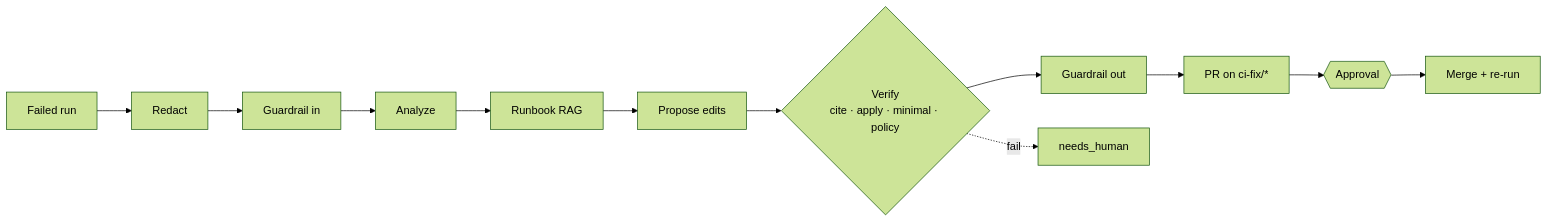
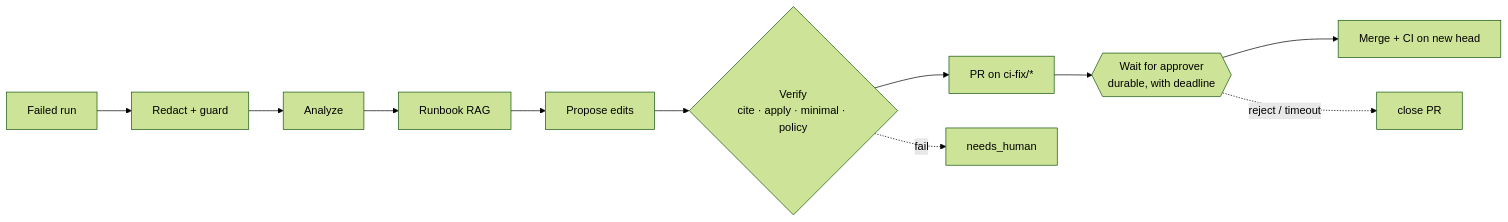
One commit to Shubham-git7/github-actions-ci-analyzer changed the diagram in README.md. Above: the diagram before and after it, drawn with Mermaid (forest theme). The commit also changed other lines of this file and 64 other files, not shown here.

````diff
--- a/README.md
+++ b/README.md
@@ -91,7 +81,8 @@
 ```mermaid
 flowchart LR
-  A[Failed run] --> B[Redact] --> C[Guardrail in] --> D[Analyze] --> E[Runbook RAG] --> F[Propose edits]
+  A[Failed run] --> B[Redact + guard] --> D[Analyze] --> E[Runbook RAG] --> F[Propose edits]
   F --> G{Verify<br/>cite · apply · minimal · policy}
-  G --> H[Guardrail out] --> I[PR on ci-fix/*] --> J{{Approval}} --> K[Merge + re-run]
+  G --> I[PR on ci-fix/*] --> J{{Wait for approver<br/>durable, with deadline}} --> K[Merge + CI on new head]
   G -. fail .-> X[needs_human]
+  J -. reject / timeout .-> Z[close PR]
 ```
````
